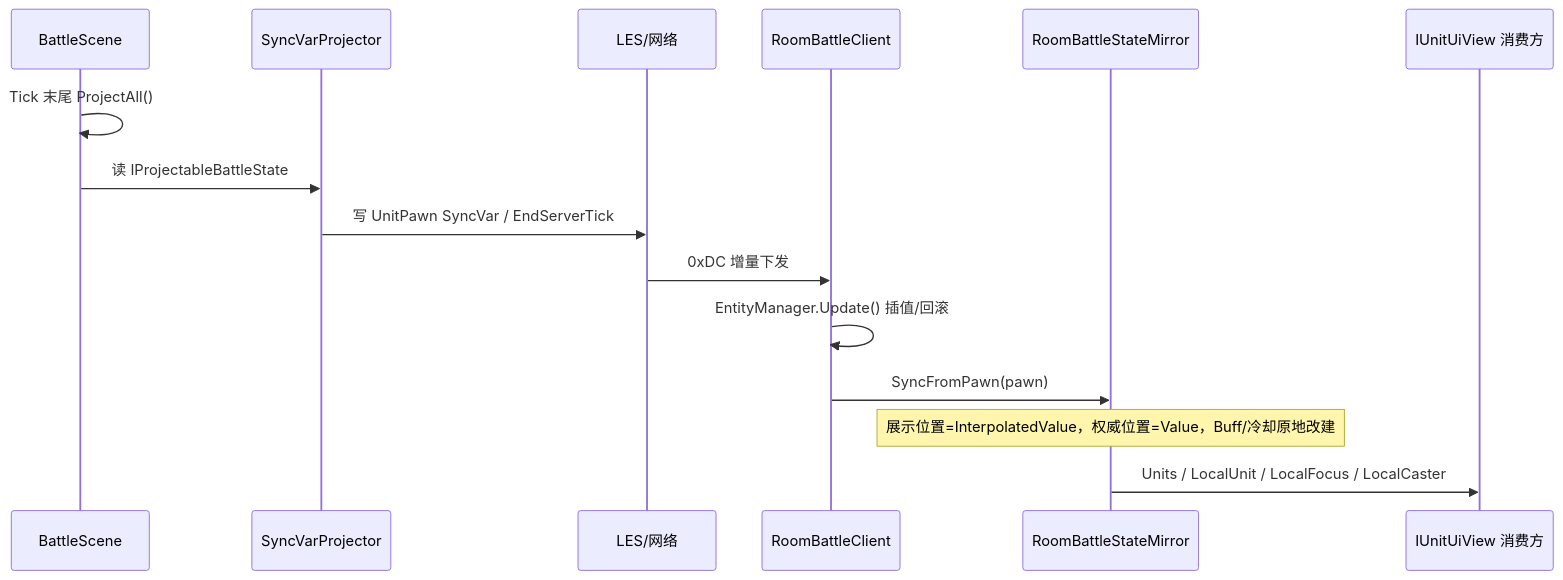
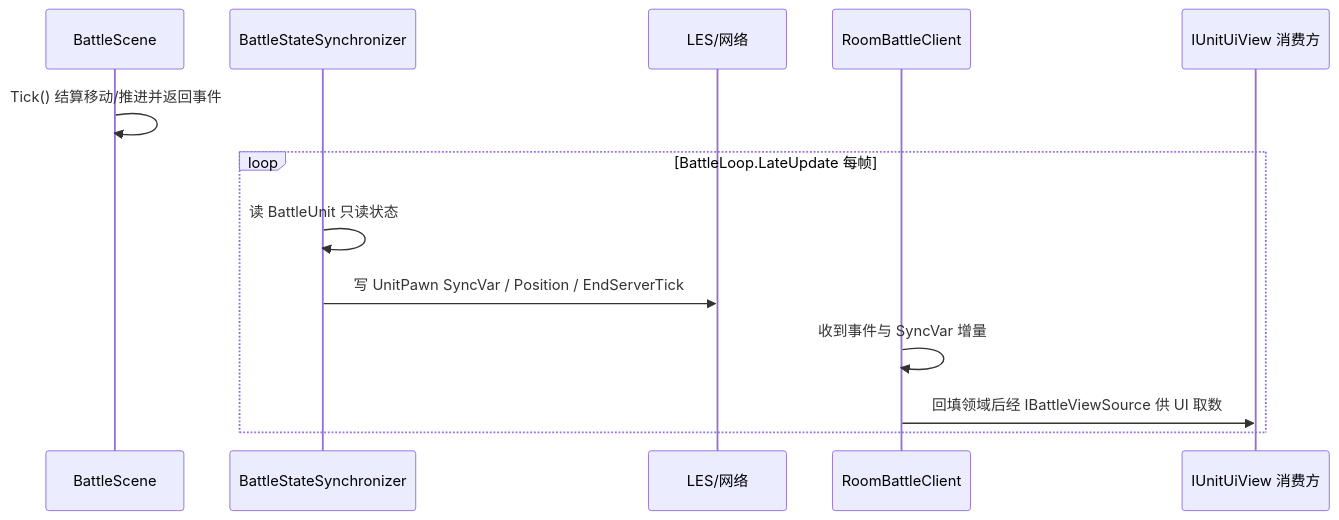
One commit to DrMelt/dungeon_chess_battle changed the diagram in docs/flow/battle-state-sync.md. Above: the diagram before and after it, drawn with Mermaid. The commit also changed other lines of this file and 37 other files, not shown here.

````diff
--- a/docs/flow/battle-state-sync.md
+++ b/docs/flow/battle-state-sync.md
@@ -77,18 +76,16 @@
 ```mermaid
 sequenceDiagram
     participant Scene as BattleScene
-    participant Proj as SyncVarProjector
+    participant Sync as BattleStateSynchronizer
     participant Net as LES/网络
     participant Client as RoomBattleClient
-    participant Mirror as RoomBattleStateMirror
     participant UI as IUnitUiView 消费方
 
-    Scene->>Scene: Tick 末尾 ProjectAll()
-    Scene->>Proj: 读 IProjectableBattleState
-    Proj->>Net: 写 UnitPawn SyncVar / EndServerTick
-    Net->>Client: 0xDC 增量下发
-    Client->>Client: EntityManager.Update() 插值/回滚
-    Client->>Mirror: SyncFromPawn(pawn)
-    Note over Mirror: 展示位置=InterpolatedValue，权威位置=Value，Buff/冷却原地改建
-    Mirror->>UI: Units / LocalUnit / LocalFocus / LocalCaster
+    Scene->>Scene: Tick() 结算移动/推进并返回事件
+    Loop BattleLoop.LateUpdate 每帧
+        Sync->>Sync: 读 BattleUnit 只读状态
+        Sync->>Net: 写 UnitPawn SyncVar / Position / EndServerTick
+        Client->>Client: 收到事件与 SyncVar 增量
+        Client->>UI: 回填领域后经 IBattleViewSource 供 UI 取数
+    end
 ```
````
